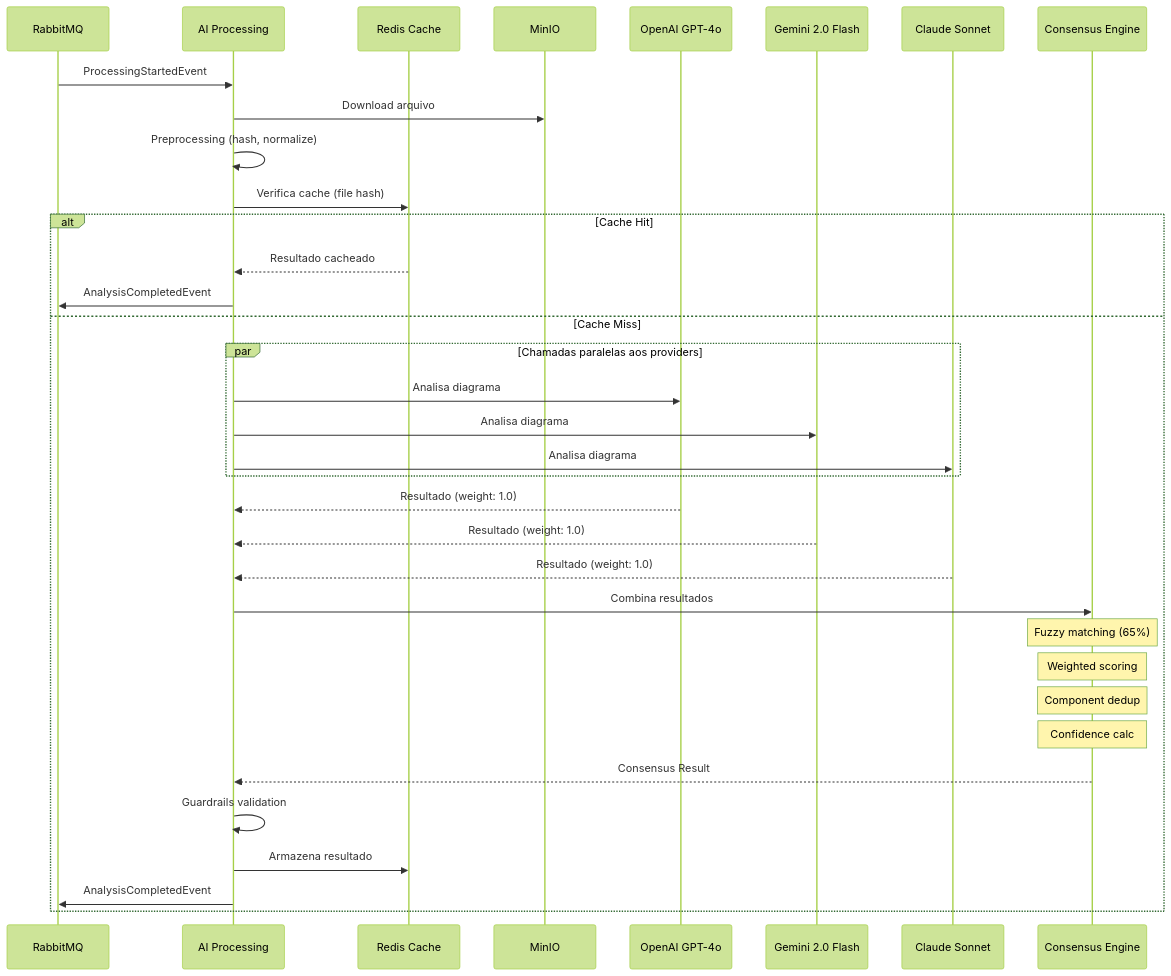
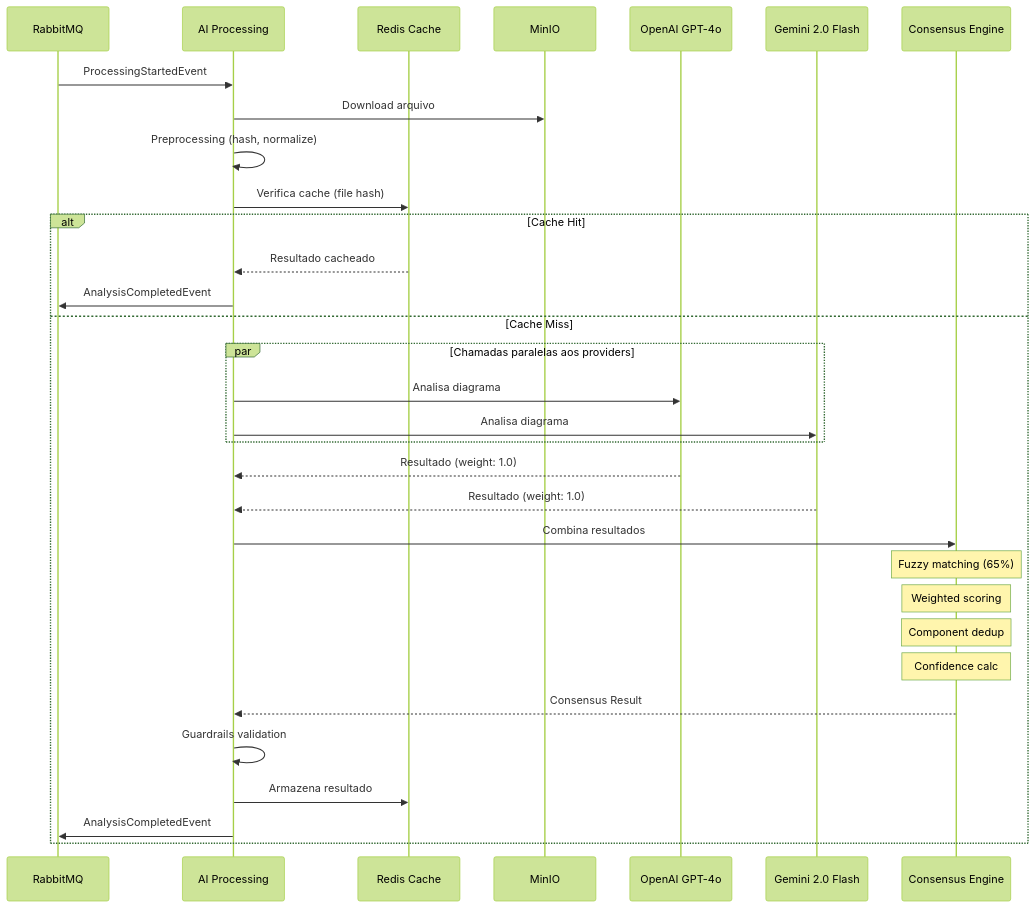
One commit to ArchLens-Fiap/archlens-ai-processing changed the second of 5 diagrams in README.md. Above: the diagram before and after it, drawn with Mermaid (forest theme). The commit also changed other lines of this file, not shown here.

First line of the commit message:
docs: fix README issues (badges, mermaid, dark backgrounds, author line)

````diff
--- a/README.md
+++ b/README.md
@@ -72,42 +66,39 @@
 ```mermaid
 sequenceDiagram
     participant RMQ as RabbitMQ
     participant SVC as AI Processing
     participant CACHE as Redis Cache
     participant MINIO as MinIO
     participant OAI as OpenAI GPT-4o
     participant GEM as Gemini 2.0 Flash
-    participant CLU as Claude Sonnet
     participant CE as Consensus Engine
 
     RMQ->>SVC: ProcessingStartedEvent
     SVC->>MINIO: Download arquivo
     SVC->>SVC: Preprocessing (hash, normalize)
     SVC->>CACHE: Verifica cache (file hash)
 
     alt Cache Hit
         CACHE-->>SVC: Resultado cacheado
         SVC->>RMQ: AnalysisCompletedEvent
     else Cache Miss
         par Chamadas paralelas aos providers
             SVC->>OAI: Analisa diagrama
             SVC->>GEM: Analisa diagrama
-            SVC->>CLU: Analisa diagrama
         end
 
         OAI-->>SVC: Resultado (weight: 1.0)
         GEM-->>SVC: Resultado (weight: 1.0)
-        CLU-->>SVC: Resultado (weight: 1.0)
 
         SVC->>CE: Combina resultados
         Note over CE: Fuzzy matching (65%)
         Note over CE: Weighted scoring
         Note over CE: Component dedup
         Note over CE: Confidence calc
         CE-->>SVC: Consensus Result
 
         SVC->>SVC: Guardrails validation
         SVC->>CACHE: Armazena resultado
         SVC->>RMQ: AnalysisCompletedEvent
     end
 ```
````
